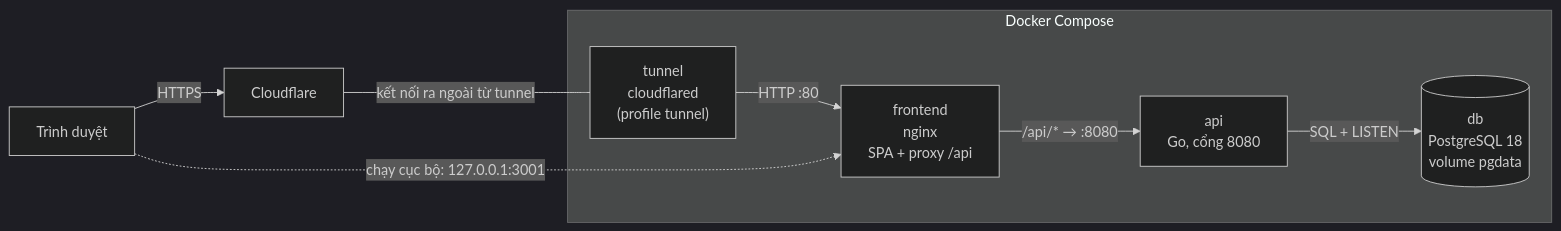
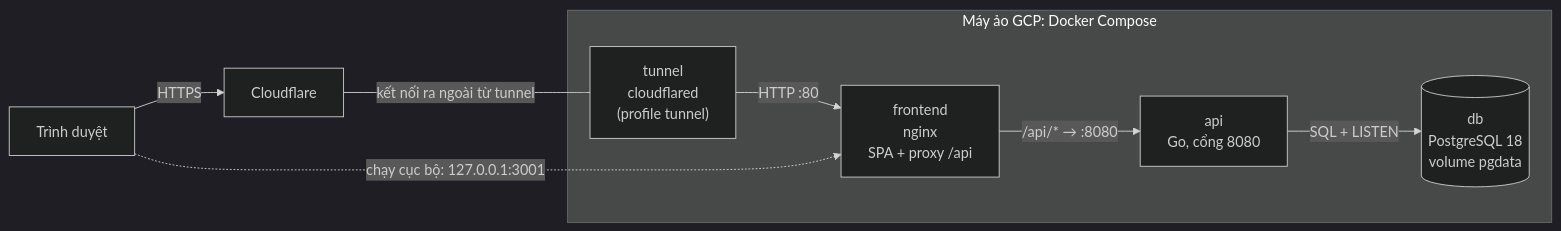
The first of 3 diagrams in docs/architecture.md (nhansp/COSH301), drawn with Mermaid (dark theme) before and after one commit. The commit also changed other lines of this file and 3 other files, not shown here.

````diff
--- a/docs/architecture.md
+++ b/docs/architecture.md
@@ -31,19 +31,19 @@
 ```mermaid
 flowchart LR
     B["Trình duyệt"]
     CF["Cloudflare"]
 
-    subgraph Compose["Docker Compose"]
+    subgraph Compose["Máy ảo GCP: Docker Compose"]
         T["tunnel<br/>cloudflared<br/>(profile tunnel)"]
         F["frontend<br/>nginx<br/>SPA + proxy /api"]
         A["api<br/>Go, cổng 8080"]
         D[("db<br/>PostgreSQL 18<br/>volume pgdata")]
     end
 
     B -- HTTPS --> CF
     CF -- "kết nối ra ngoài từ tunnel" --- T
     T -- "HTTP :80" --> F
     B -. "chạy cục bộ: 127.0.0.1:3001" .-> F
     F -- "/api/* → :8080" --> A
     A -- "SQL + LISTEN" --> D
 ```
````
